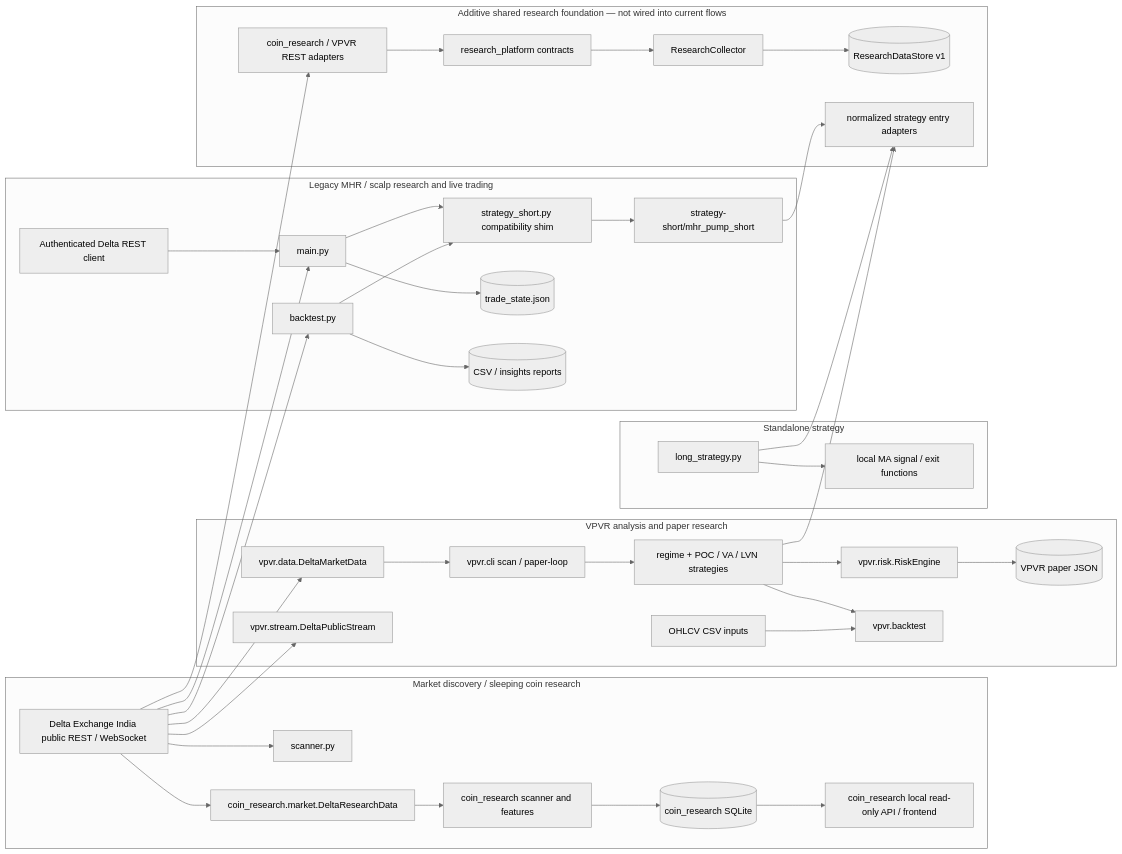
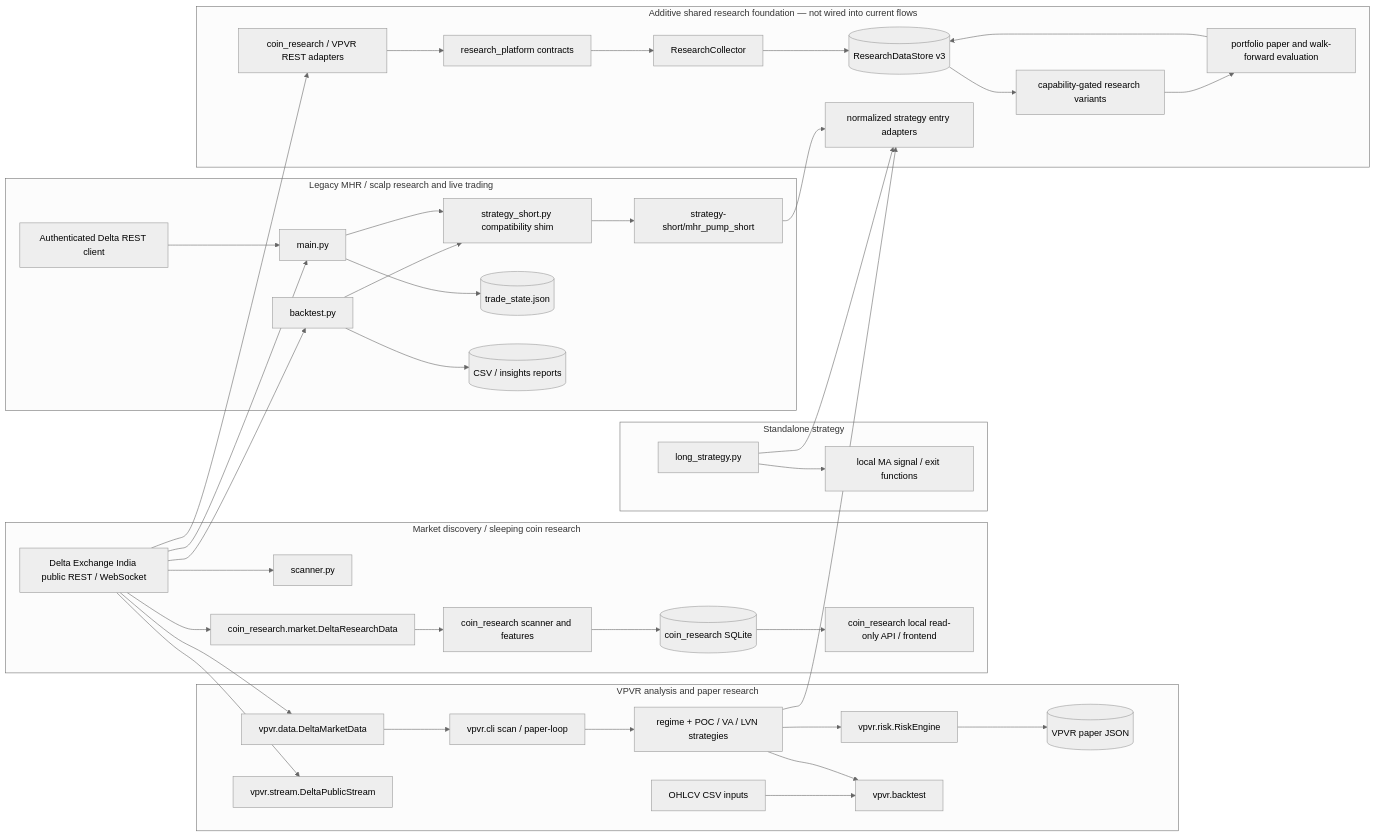
One commit to manjha28/del_trading_bot changed the diagram in docs/UNIFIED_PLATFORM_GAP_AUDIT.md. Above: the diagram before and after it, drawn with Mermaid (neutral theme). The commit also changed other lines of this file and 15 other files, not shown here.

Commit message:
Complete research variants and walk-forward paper evaluation

````diff
--- a/docs/UNIFIED_PLATFORM_GAP_AUDIT.md
+++ b/docs/UNIFIED_PLATFORM_GAP_AUDIT.md
@@ -83,63 +104,67 @@
 ```mermaid
 flowchart LR
   Delta[Delta Exchange India public REST / WebSocket]
   Auth[Authenticated Delta REST client]
 
   subgraph Discovery["Market discovery / sleeping coin research"]
     Scanner[scanner.py]
     CoinMarket[coin_research.market.DeltaResearchData]
     CoinScan[coin_research scanner and features]
     CoinStore[(coin_research SQLite)]
     CoinUI[coin_research local read-only API / frontend]
     Delta --> Scanner
     Delta --> CoinMarket --> CoinScan --> CoinStore --> CoinUI
   end
 
   subgraph VPVR["VPVR analysis and paper research"]
     VPData[vpvr.data.DeltaMarketData]
     VPStream[vpvr.stream.DeltaPublicStream]
     VPScan[vpvr.cli scan / paper-loop]
     VPStrategies[regime + POC / VA / LVN strategies]
     VPRisk[vpvr.risk.RiskEngine]
     VPPaper[(VPVR paper JSON)]
     VPBT[vpvr.backtest]
     Delta --> VPData --> VPScan --> VPStrategies --> VPRisk --> VPPaper
     Delta --> VPStream
     CSV[OHLCV CSV inputs] --> VPBT
     VPStrategies --> VPBT
   end
 
   subgraph Legacy["Legacy MHR / scalp research and live trading"]
     Backtest[backtest.py]
     Shim[strategy_short.py compatibility shim]
     MHR[strategy-short/mhr_pump_short]
     Main[main.py]
     State[(trade_state.json)]
     Reports[(CSV / insights reports)]
     Delta --> Backtest
     Backtest --> Shim --> MHR
     Backtest --> Reports
     Delta --> Main
     Auth --> Main
     Main --> Shim
     Main --> State
   end
 
   subgraph Standalone["Standalone strategy"]
     Long[long_strategy.py]
     LongBT[local MA signal / exit functions]
     Long --> LongBT
   end
 
   subgraph Foundation["Additive shared research foundation — not wired into current flows"]
     Contracts[research_platform contracts]
     Adapters[coin_research / VPVR REST adapters]
     Collector[ResearchCollector]
-    Canonical[(ResearchDataStore v1)]
+    Canonical[(ResearchDataStore v3)]
     SignalAdapters[normalized strategy entry adapters]
+    Variants[capability-gated research variants]
+    PaperEval[portfolio paper and walk-forward evaluation]
     Delta --> Adapters --> Contracts --> Collector --> Canonical
+    Canonical --> Variants --> PaperEval
+    PaperEval --> Canonical
     MHR --> SignalAdapters
     Long --> SignalAdapters
     VPStrategies --> SignalAdapters
   end
 ```
````
